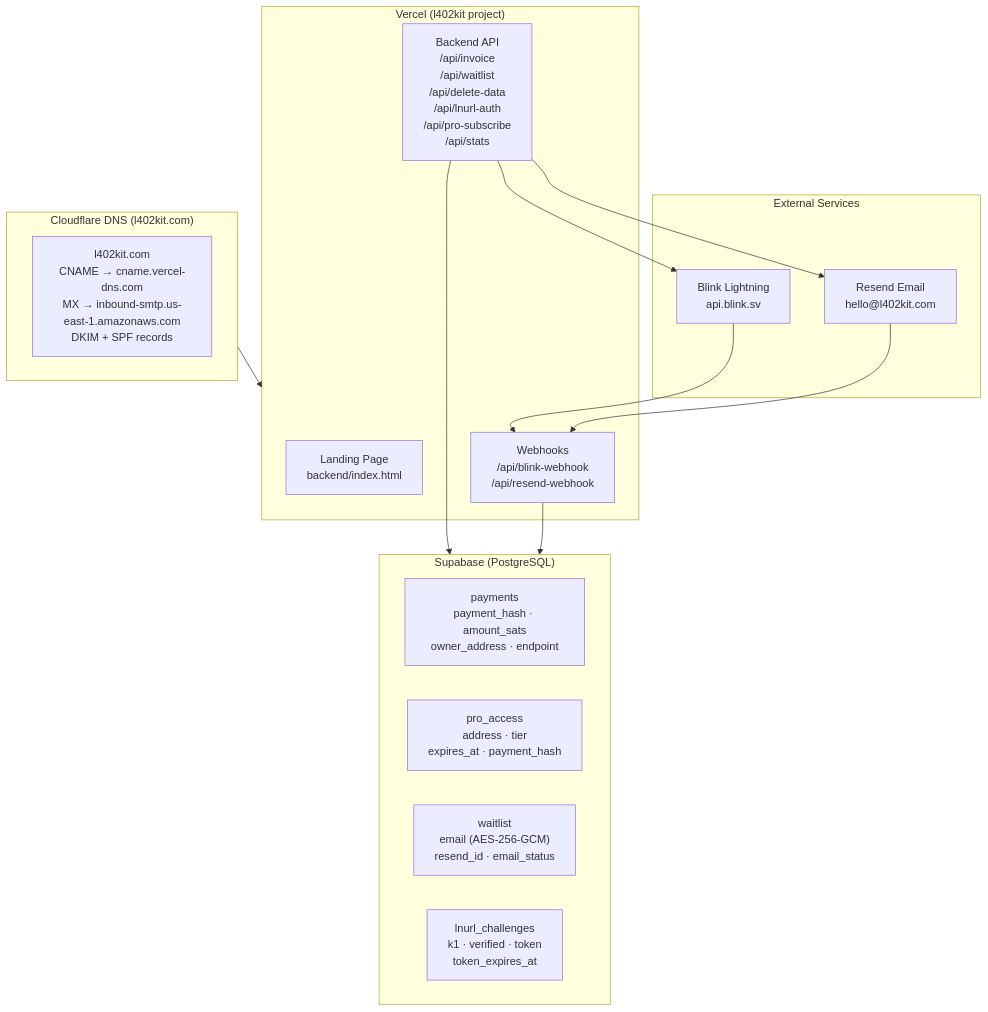
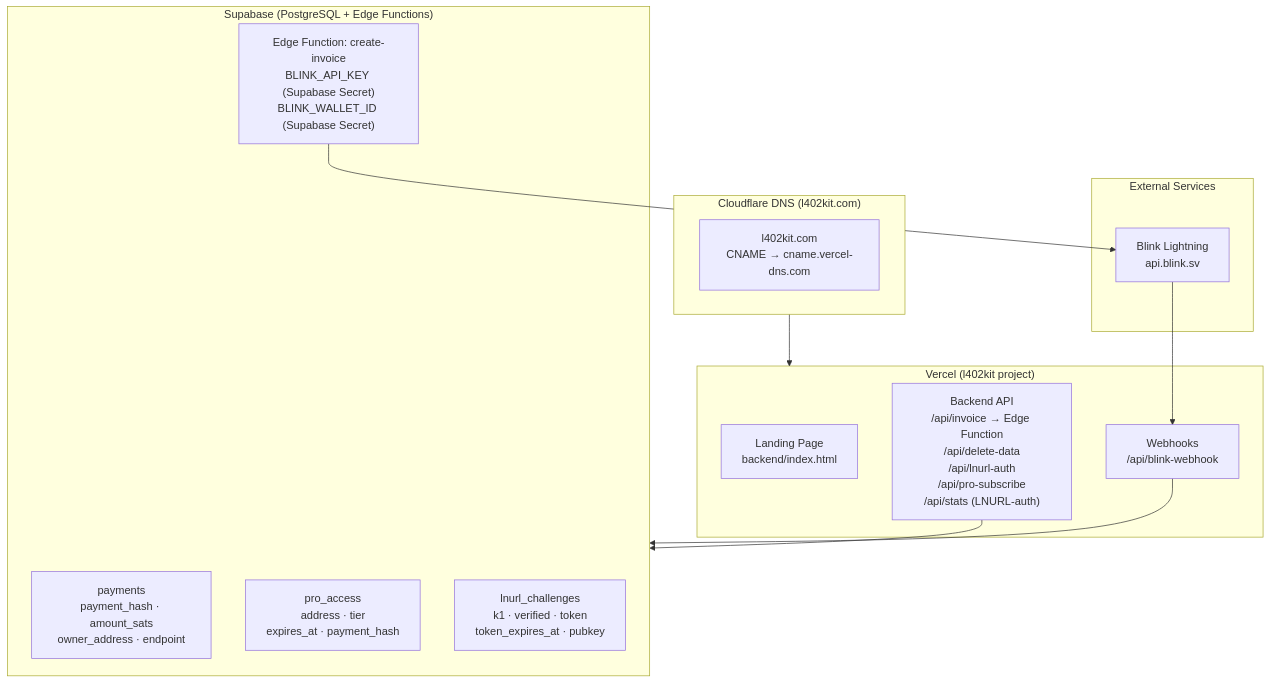
Before and after one commit to ShinyDapps/l402-kit: the seventh of 8 diagrams in docs/guides/flows.mdx, drawn with Mermaid. The commit also changed other lines of this file and 9 other files, not shown here.

First line of the commit message:
feat(security): v1.3.0 — zero PII, Edge Function, LNURL-auth dashboard

````diff
--- a/docs/guides/flows.mdx
+++ b/docs/guides/flows.mdx
@@ -188,32 +198,29 @@
 ```mermaid
 flowchart TB
     subgraph CF["Cloudflare DNS (l402kit.com)"]
-        DNS["l402kit.com\nCNAME → cname.vercel-dns.com\nMX → inbound-smtp.us-east-1.amazonaws.com\nDKIM + SPF records"]
+        DNS["l402kit.com\nCNAME → cname.vercel-dns.com"]
     end
 
     subgraph VCL["Vercel (l402kit project)"]
         LAND["Landing Page\nbackend/index.html"]
-        API["Backend API\n/api/invoice\n/api/waitlist\n/api/delete-data\n/api/lnurl-auth\n/api/pro-subscribe\n/api/stats"]
-        HOOK["Webhooks\n/api/blink-webhook\n/api/resend-webhook"]
+        API["Backend API\n/api/invoice → Edge Function\n/api/delete-data\n/api/lnurl-auth\n/api/pro-subscribe\n/api/stats (LNURL-auth)"]
+        HOOK["Webhooks\n/api/blink-webhook"]
     end
 
-    subgraph SB["Supabase (PostgreSQL)"]
+    subgraph SB["Supabase (PostgreSQL + Edge Functions)"]
         PAY["payments\npayment_hash · amount_sats\nowner_address · endpoint"]
         PRO["pro_access\naddress · tier\nexpires_at · payment_hash"]
-        WAIT["waitlist\nemail (AES-256-GCM)\nresend_id · email_status"]
-        LNURL["lnurl_challenges\nk1 · verified · token\ntoken_expires_at"]
+        LNURL["lnurl_challenges\nk1 · verified · token\ntoken_expires_at · pubkey"]
+        EF["Edge Function: create-invoice\nBLINK_API_KEY (Supabase Secret)\nBLINK_WALLET_ID (Supabase Secret)"]
     end
 
     subgraph EXT["External Services"]
         BLINK["Blink Lightning\napi.blink.sv"]
-        RESEND["Resend Email\nhello@l402kit.com"]
     end
 
     CF --> VCL
     API --> SB
     HOOK --> SB
-    API --> BLINK
-    API --> RESEND
+    EF --> BLINK
     BLINK --> HOOK
-    RESEND --> HOOK
 ```
````
